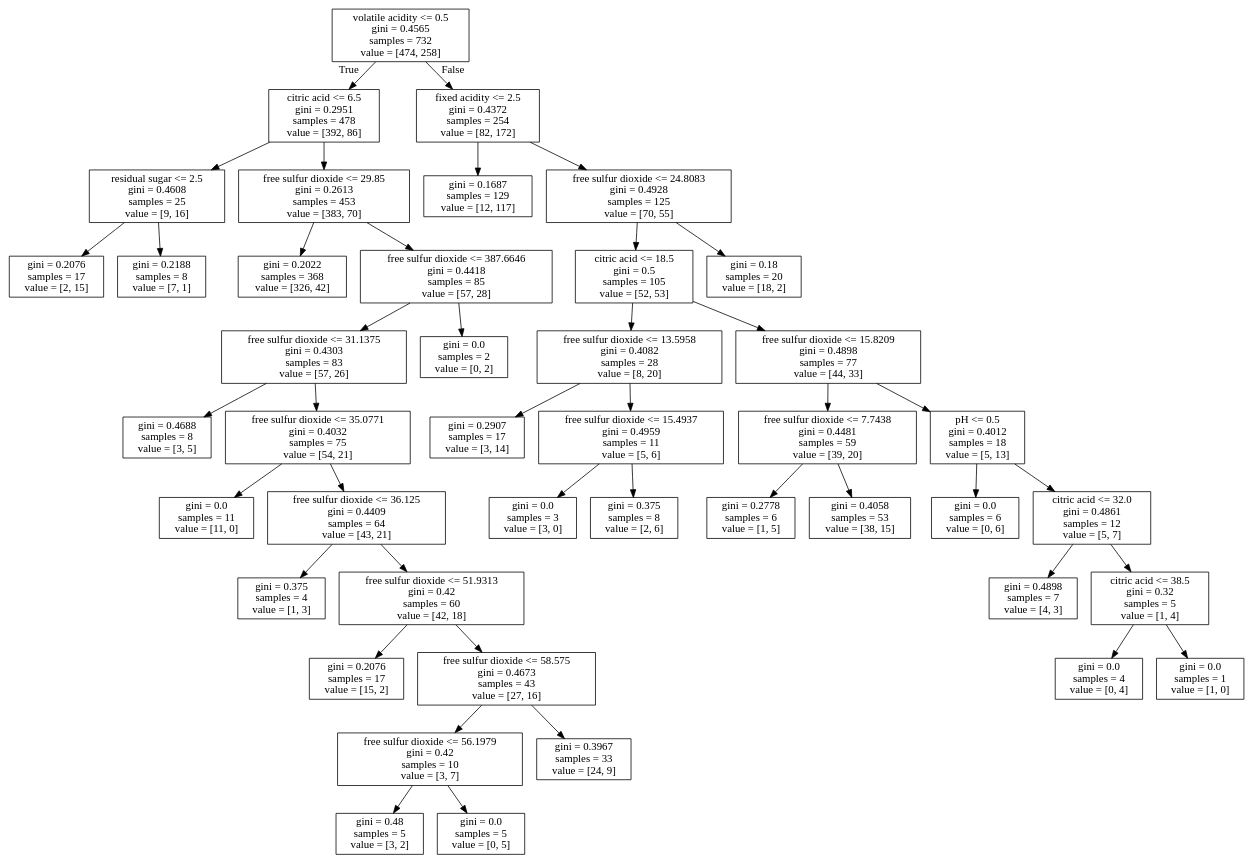
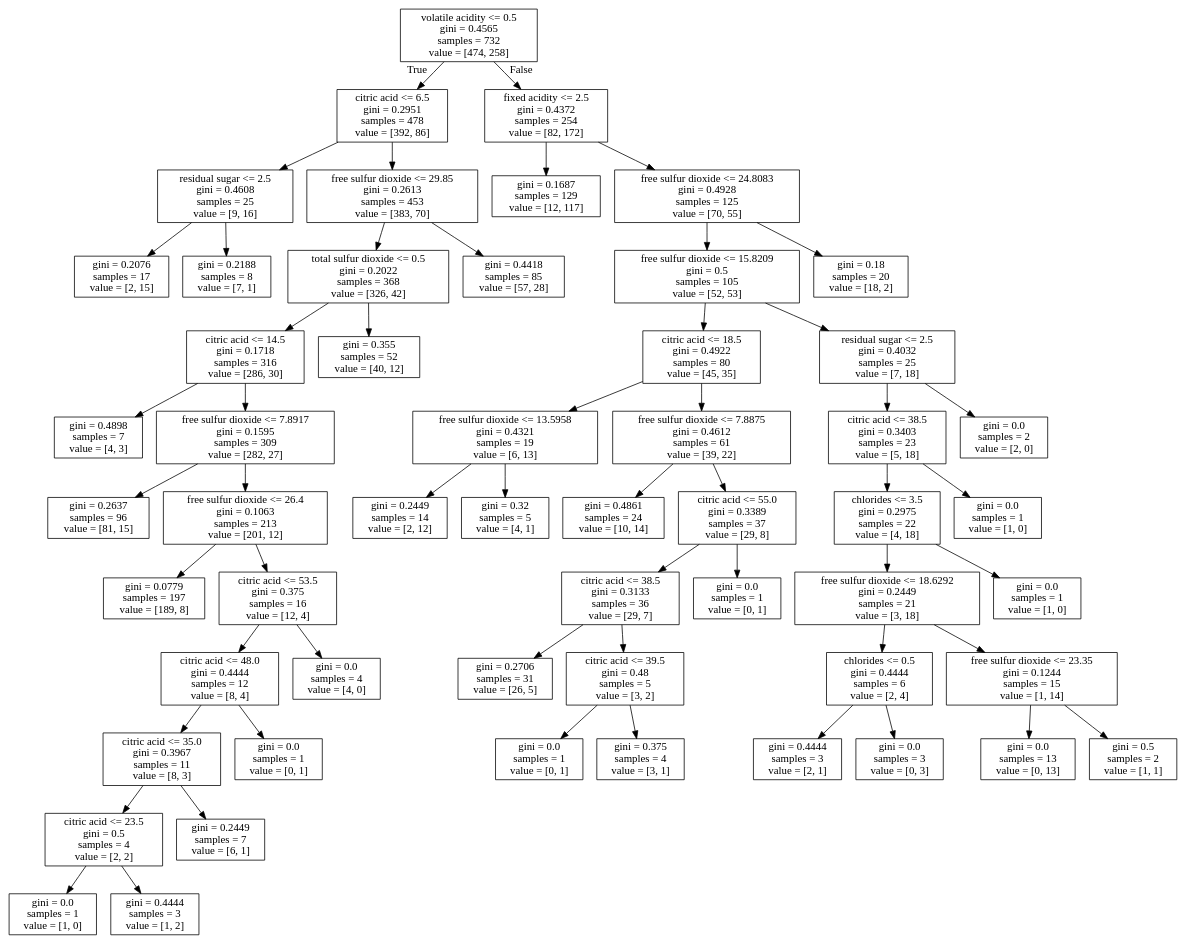
One commit to mlefkovitz/Supervised-Learning changed the diagram in Titanic/Wine2pruned.dot. Above: the diagram before and after it, drawn with Graphviz. The commit also changed 22 other files, not shown here.

Commit message:
Run and catalog the titanic model and organize graphs

```diff
--- a/Titanic/Wine2pruned.dot
+++ b/Titanic/Wine2pruned.dot
@@ -1,88 +1,112 @@
 digraph Tree {
 node [shape=box] ;
 0 [label="volatile acidity <= 0.5\ngini = 0.4565\nsamples = 732\nvalue = [474, 258]"] ;
 1 [label="citric acid <= 6.5\ngini = 0.2951\nsamples = 478\nvalue = [392, 86]"] ;
 0 -> 1 [labeldistance=2.5, labelangle=45, headlabel="True"] ;
 2 [label="residual sugar <= 2.5\ngini = 0.4608\nsamples = 25\nvalue = [9, 16]"] ;
 1 -> 2 ;
 3 [label="gini = 0.2076\nsamples = 17\nvalue = [2, 15]"] ;
 2 -> 3 ;
 8 [label="gini = 0.2188\nsamples = 8\nvalue = [7, 1]"] ;
 2 -> 8 ;
-15 [label="free sulfur dioxide <= 29.85\ngini = 0.2613\nsamples = 453\nvalue = [383, 70]"] ;
-1 -> 15 ;
-16 [label="gini = 0.2022\nsamples = 368\nvalue = [326, 42]"] ;
+13 [label="free sulfur dioxide <= 29.85\ngini = 0.2613\nsamples = 453\nvalue = [383, 70]"] ;
+1 -> 13 ;
+14 [label="total sulfur dioxide <= 0.5\ngini = 0.2022\nsamples = 368\nvalue = [326, 42]"] ;
+13 -> 14 ;
+15 [label="citric acid <= 14.5\ngini = 0.1718\nsamples = 316\nvalue = [286, 30]"] ;
+14 -> 15 ;
+16 [label="gini = 0.4898\nsamples = 7\nvalue = [4, 3]"] ;
 15 -> 16 ;
-165 [label="free sulfur dioxide <= 387.6646\ngini = 0.4418\nsamples = 85\nvalue = [57, 28]"] ;
-15 -> 165 ;
-166 [label="free sulfur dioxide <= 31.1375\ngini = 0.4303\nsamples = 83\nvalue = [57, 26]"] ;
-165 -> 166 ;
-167 [label="gini = 0.4688\nsamples = 8\nvalue = [3, 5]"] ;
-166 -> 167 ;
-176 [label="free sulfur dioxide <= 35.0771\ngini = 0.4032\nsamples = 75\nvalue = [54, 21]"] ;
-166 -> 176 ;
-177 [label="gini = 0.0\nsamples = 11\nvalue = [11, 0]"] ;
-176 -> 177 ;
-178 [label="free sulfur dioxide <= 36.125\ngini = 0.4409\nsamples = 64\nvalue = [43, 21]"] ;
-176 -> 178 ;
-179 [label="gini = 0.375\nsamples = 4\nvalue = [1, 3]"] ;
-178 -> 179 ;
-184 [label="free sulfur dioxide <= 51.9313\ngini = 0.42\nsamples = 60\nvalue = [42, 18]"] ;
-178 -> 184 ;
-185 [label="gini = 0.2076\nsamples = 17\nvalue = [15, 2]"] ;
-184 -> 185 ;
-192 [label="free sulfur dioxide <= 58.575\ngini = 0.4673\nsamples = 43\nvalue = [27, 16]"] ;
-184 -> 192 ;
-193 [label="free sulfur dioxide <= 56.1979\ngini = 0.42\nsamples = 10\nvalue = [3, 7]"] ;
-192 -> 193 ;
-194 [label="gini = 0.48\nsamples = 5\nvalue = [3, 2]"] ;
-193 -> 194 ;
-199 [label="gini = 0.0\nsamples = 5\nvalue = [0, 5]"] ;
-193 -> 199 ;
-200 [label="gini = 0.3967\nsamples = 33\nvalue = [24, 9]"] ;
-192 -> 200 ;
-223 [label="gini = 0.0\nsamples = 2\nvalue = [0, 2]"] ;
-165 -> 223 ;
-224 [label="fixed acidity <= 2.5\ngini = 0.4372\nsamples = 254\nvalue = [82, 172]"] ;
-0 -> 224 [labeldistance=2.5, labelangle=-45, headlabel="False"] ;
-225 [label="gini = 0.1687\nsamples = 129\nvalue = [12, 117]"] ;
-224 -> 225 ;
-280 [label="free sulfur dioxide <= 24.8083\ngini = 0.4928\nsamples = 125\nvalue = [70, 55]"] ;
-224 -> 280 ;
-281 [label="citric acid <= 18.5\ngini = 0.5\nsamples = 105\nvalue = [52, 53]"] ;
-280 -> 281 ;
-282 [label="free sulfur dioxide <= 13.5958\ngini = 0.4082\nsamples = 28\nvalue = [8, 20]"] ;
-281 -> 282 ;
-283 [label="gini = 0.2907\nsamples = 17\nvalue = [3, 14]"] ;
-282 -> 283 ;
-294 [label="free sulfur dioxide <= 15.4937\ngini = 0.4959\nsamples = 11\nvalue = [5, 6]"] ;
-282 -> 294 ;
-295 [label="gini = 0.0\nsamples = 3\nvalue = [3, 0]"] ;
-294 -> 295 ;
-296 [label="gini = 0.375\nsamples = 8\nvalue = [2, 6]"] ;
-294 -> 296 ;
-299 [label="free sulfur dioxide <= 15.8209\ngini = 0.4898\nsamples = 77\nvalue = [44, 33]"] ;
-281 -> 299 ;
-300 [label="free sulfur dioxide <= 7.7438\ngini = 0.4481\nsamples = 59\nvalue = [39, 20]"] ;
+23 [label="free sulfur dioxide <= 7.8917\ngini = 0.1595\nsamples = 309\nvalue = [282, 27]"] ;
+15 -> 23 ;
+24 [label="gini = 0.2637\nsamples = 96\nvalue = [81, 15]"] ;
+23 -> 24 ;
+77 [label="free sulfur dioxide <= 26.4\ngini = 0.1063\nsamples = 213\nvalue = [201, 12]"] ;
+23 -> 77 ;
+78 [label="gini = 0.0779\nsamples = 197\nvalue = [189, 8]"] ;
+77 -> 78 ;
+123 [label="citric acid <= 53.5\ngini = 0.375\nsamples = 16\nvalue = [12, 4]"] ;
+77 -> 123 ;
+124 [label="citric acid <= 48.0\ngini = 0.4444\nsamples = 12\nvalue = [8, 4]"] ;
+123 -> 124 ;
+125 [label="citric acid <= 35.0\ngini = 0.3967\nsamples = 11\nvalue = [8, 3]"] ;
+124 -> 125 ;
+126 [label="citric acid <= 23.5\ngini = 0.5\nsamples = 4\nvalue = [2, 2]"] ;
+125 -> 126 ;
+127 [label="gini = 0.0\nsamples = 1\nvalue = [1, 0]"] ;
+126 -> 127 ;
+128 [label="gini = 0.4444\nsamples = 3\nvalue = [1, 2]"] ;
+126 -> 128 ;
+133 [label="gini = 0.2449\nsamples = 7\nvalue = [6, 1]"] ;
+125 -> 133 ;
+138 [label="gini = 0.0\nsamples = 1\nvalue = [0, 1]"] ;
+124 -> 138 ;
+139 [label="gini = 0.0\nsamples = 4\nvalue = [4, 0]"] ;
+123 -> 139 ;
+140 [label="gini = 0.355\nsamples = 52\nvalue = [40, 12]"] ;
+14 -> 140 ;
+183 [label="gini = 0.4418\nsamples = 85\nvalue = [57, 28]"] ;
+13 -> 183 ;
+242 [label="fixed acidity <= 2.5\ngini = 0.4372\nsamples = 254\nvalue = [82, 172]"] ;
+0 -> 242 [labeldistance=2.5, labelangle=-45, headlabel="False"] ;
+243 [label="gini = 0.1687\nsamples = 129\nvalue = [12, 117]"] ;
+242 -> 243 ;
+296 [label="free sulfur dioxide <= 24.8083\ngini = 0.4928\nsamples = 125\nvalue = [70, 55]"] ;
+242 -> 296 ;
+297 [label="free sulfur dioxide <= 15.8209\ngini = 0.5\nsamples = 105\nvalue = [52, 53]"] ;
+296 -> 297 ;
+298 [label="citric acid <= 18.5\ngini = 0.4922\nsamples = 80\nvalue = [45, 35]"] ;
+297 -> 298 ;
+299 [label="free sulfur dioxide <= 13.5958\ngini = 0.4321\nsamples = 19\nvalue = [6, 13]"] ;
+298 -> 299 ;
+300 [label="gini = 0.2449\nsamples = 14\nvalue = [2, 12]"] ;
 299 -> 300 ;
-301 [label="gini = 0.2778\nsamples = 6\nvalue = [1, 5]"] ;
-300 -> 301 ;
-306 [label="gini = 0.4058\nsamples = 53\nvalue = [38, 15]"] ;
-300 -> 306 ;
-343 [label="pH <= 0.5\ngini = 0.4012\nsamples = 18\nvalue = [5, 13]"] ;
-299 -> 343 ;
-344 [label="gini = 0.0\nsamples = 6\nvalue = [0, 6]"] ;
-343 -> 344 ;
-345 [label="citric acid <= 32.0\ngini = 0.4861\nsamples = 12\nvalue = [5, 7]"] ;
-343 -> 345 ;
-346 [label="gini = 0.4898\nsamples = 7\nvalue = [4, 3]"] ;
-345 -> 346 ;
-353 [label="citric acid <= 38.5\ngini = 0.32\nsamples = 5\nvalue = [1, 4]"] ;
-345 -> 353 ;
-354 [label="gini = 0.0\nsamples = 4\nvalue = [0, 4]"] ;
-353 -> 354 ;
-355 [label="gini = 0.0\nsamples = 1\nvalue = [1, 0]"] ;
-353 -> 355 ;
-356 [label="gini = 0.18\nsamples = 20\nvalue = [18, 2]"] ;
-280 -> 356 ;
+307 [label="gini = 0.32\nsamples = 5\nvalue = [4, 1]"] ;
+299 -> 307 ;
+310 [label="free sulfur dioxide <= 7.8875\ngini = 0.4612\nsamples = 61\nvalue = [39, 22]"] ;
+298 -> 310 ;
+311 [label="gini = 0.4861\nsamples = 24\nvalue = [10, 14]"] ;
+310 -> 311 ;
+334 [label="citric acid <= 55.0\ngini = 0.3389\nsamples = 37\nvalue = [29, 8]"] ;
+310 -> 334 ;
+335 [label="citric acid <= 38.5\ngini = 0.3133\nsamples = 36\nvalue = [29, 7]"] ;
+334 -> 335 ;
+336 [label="gini = 0.2706\nsamples = 31\nvalue = [26, 5]"] ;
+335 -> 336 ;
+355 [label="citric acid <= 39.5\ngini = 0.48\nsamples = 5\nvalue = [3, 2]"] ;
+335 -> 355 ;
+356 [label="gini = 0.0\nsamples = 1\nvalue = [0, 1]"] ;
+355 -> 356 ;
+357 [label="gini = 0.375\nsamples = 4\nvalue = [3, 1]"] ;
+355 -> 357 ;
+362 [label="gini = 0.0\nsamples = 1\nvalue = [0, 1]"] ;
+334 -> 362 ;
+363 [label="residual sugar <= 2.5\ngini = 0.4032\nsamples = 25\nvalue = [7, 18]"] ;
+297 -> 363 ;
+364 [label="citric acid <= 38.5\ngini = 0.3403\nsamples = 23\nvalue = [5, 18]"] ;
+363 -> 364 ;
+365 [label="chlorides <= 3.5\ngini = 0.2975\nsamples = 22\nvalue = [4, 18]"] ;
+364 -> 365 ;
+366 [label="free sulfur dioxide <= 18.6292\ngini = 0.2449\nsamples = 21\nvalue = [3, 18]"] ;
+365 -> 366 ;
+367 [label="chlorides <= 0.5\ngini = 0.4444\nsamples = 6\nvalue = [2, 4]"] ;
+366 -> 367 ;
+368 [label="gini = 0.4444\nsamples = 3\nvalue = [2, 1]"] ;
+367 -> 368 ;
+373 [label="gini = 0.0\nsamples = 3\nvalue = [0, 3]"] ;
+367 -> 373 ;
+374 [label="free sulfur dioxide <= 23.35\ngini = 0.1244\nsamples = 15\nvalue = [1, 14]"] ;
+366 -> 374 ;
+375 [label="gini = 0.0\nsamples = 13\nvalue = [0, 13]"] ;
+374 -> 375 ;
+376 [label="gini = 0.5\nsamples = 2\nvalue = [1, 1]"] ;
+374 -> 376 ;
+379 [label="gini = 0.0\nsamples = 1\nvalue = [1, 0]"] ;
+365 -> 379 ;
+380 [label="gini = 0.0\nsamples = 1\nvalue = [1, 0]"] ;
+364 -> 380 ;
+381 [label="gini = 0.0\nsamples = 2\nvalue = [2, 0]"] ;
+363 -> 381 ;
+382 [label="gini = 0.18\nsamples = 20\nvalue = [18, 2]"] ;
+296 -> 382 ;
 }
```
